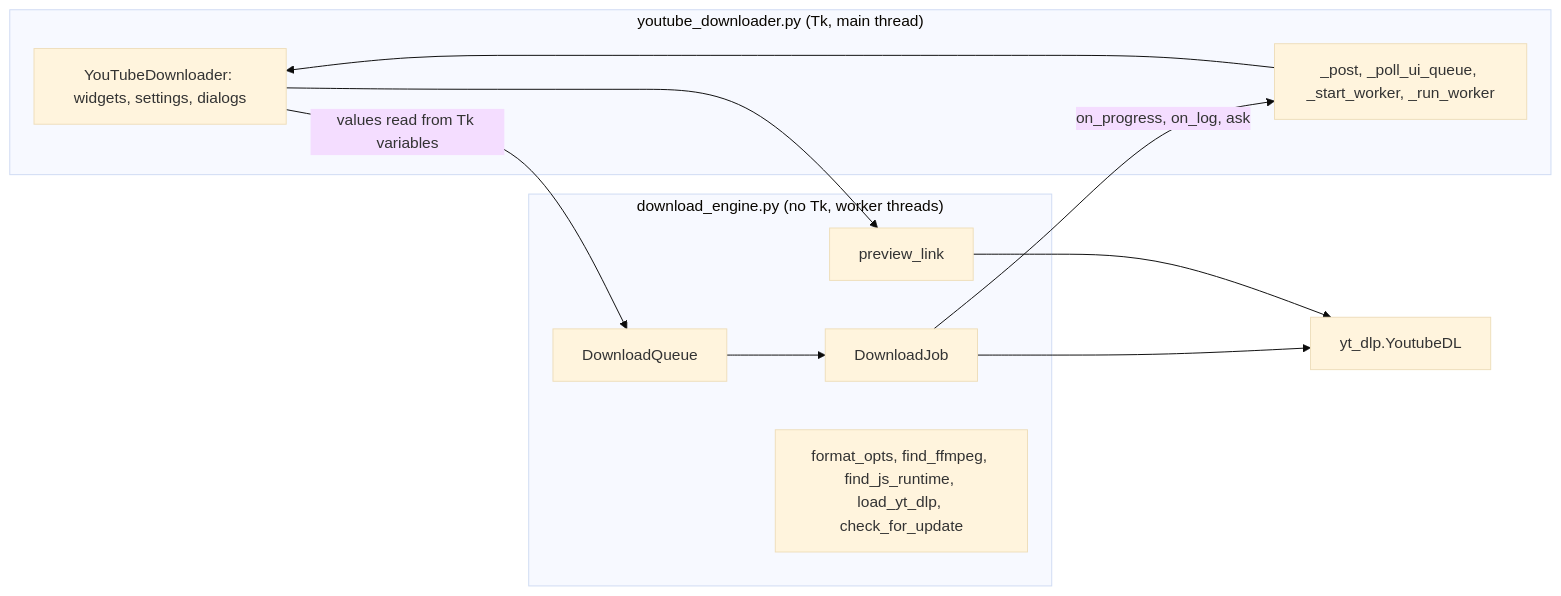
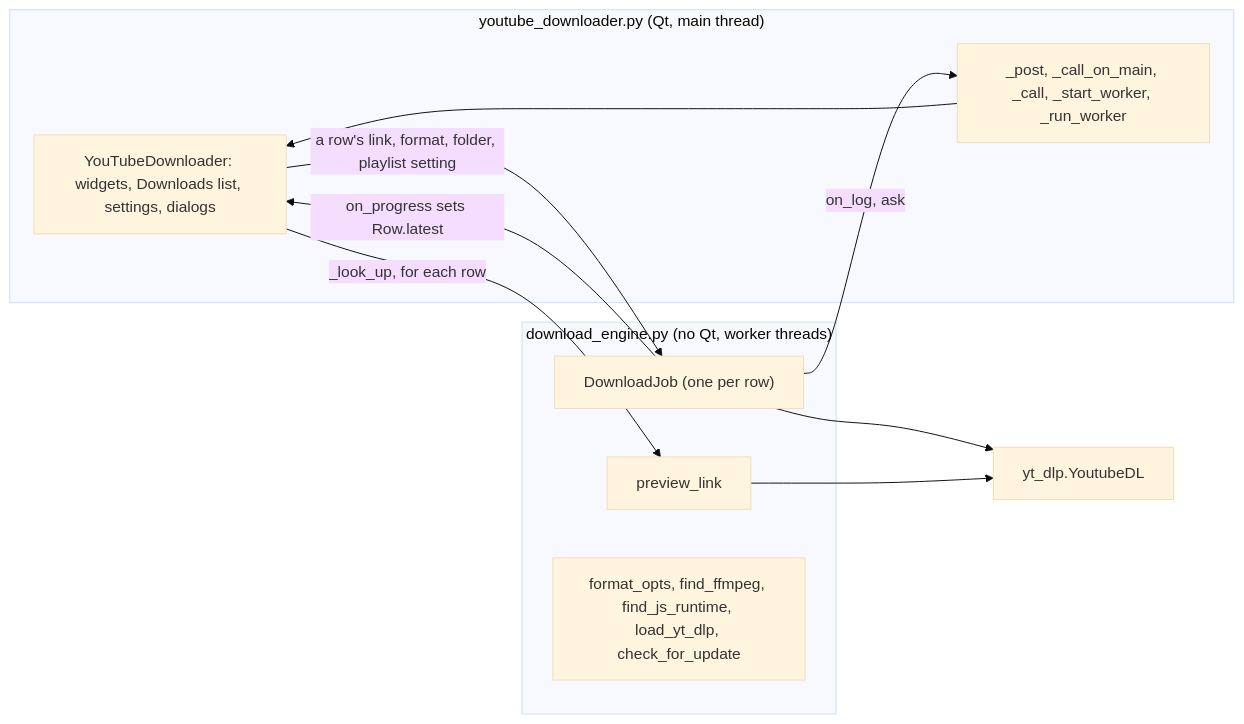
The first of 3 diagrams in docs/wiki/03-architecture.md (lifeupnorth/YouTubeDownloader), drawn with Mermaid (base theme) before and after one commit. The commit also changed other lines of this file and 24 other files, not shown here.

````diff
--- a/docs/wiki/03-architecture.md
+++ b/docs/wiki/03-architecture.md
@@ -15,18 +15,19 @@
 ```mermaid
 flowchart LR
-    subgraph window ["youtube_downloader.py (Tk, main thread)"]
-        ui["YouTubeDownloader: widgets, settings, dialogs"]
-        plumbing["_post, _poll_ui_queue, _start_worker, _run_worker"]
+    subgraph window ["youtube_downloader.py (Qt, main thread)"]
+        ui["YouTubeDownloader: widgets, Downloads list, settings, dialogs"]
+        plumbing["_post, _call_on_main, _call, _start_worker, _run_worker"]
     end
-    subgraph engine ["download_engine.py (no Tk, worker threads)"]
-        queue["DownloadQueue"] --> job["DownloadJob"]
+    subgraph engine ["download_engine.py (no Qt, worker threads)"]
+        job["DownloadJob (one per row)"]
         preview["preview_link"]
         helpers["format_opts, find_ffmpeg, find_js_runtime, load_yt_dlp, check_for_update"]
     end
-    ui -->|"values read from Tk variables"| queue
-    job -->|"on_progress, on_log, ask"| plumbing
+    ui -->|"a row's link, format, folder, playlist setting"| job
+    job -->|"on_log, ask"| plumbing
+    job -->|"on_progress sets Row.latest"| ui
     plumbing --> ui
-    ui --> preview
+    ui -->|"_look_up, for each row"| preview
     job --> ytdlp["yt_dlp.YoutubeDL"]
     preview --> ytdlp
 ```
````
